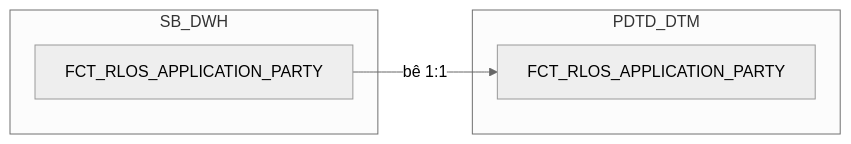
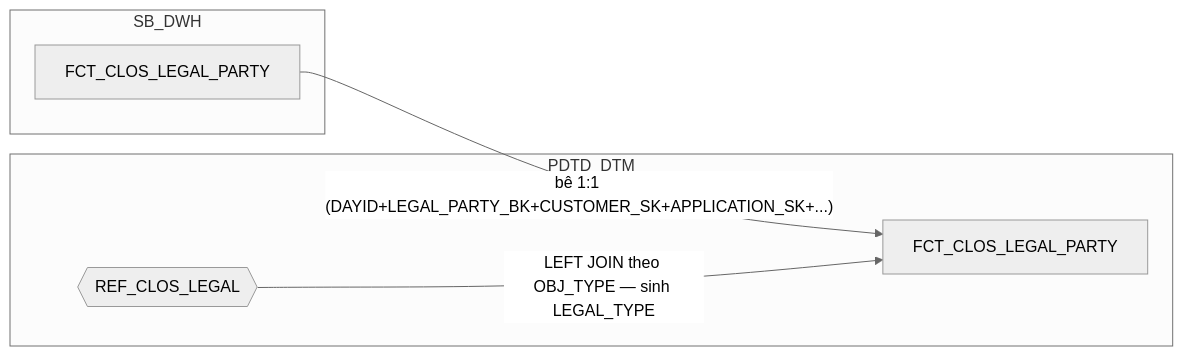
The tenth of 19 diagrams in hld/hld_review/HLD_FCT_PDTD_DTM_review.md (chien1198/sb-mapping-gen), drawn with Mermaid (neutral theme) before and after one commit. The commit also changed other lines of this file and 183 other files, not shown here.

````diff
--- a/hld/hld_review/HLD_FCT_PDTD_DTM_review.md
+++ b/hld/hld_review/HLD_FCT_PDTD_DTM_review.md
@@ -710,10 +610,12 @@
 ```mermaid
 flowchart LR
     subgraph SB_DWH
-        C["FCT_RLOS_APPLICATION_PARTY"]
+        C["FCT_CLOS_LEGAL_PARTY"]
     end
     subgraph PDTD_DTM
-        D["FCT_RLOS_APPLICATION_PARTY"]
+        R{{"REF_CLOS_LEGAL"}}
+        D["FCT_CLOS_LEGAL_PARTY"]
     end
-    C -->|bê 1:1| D
+    C -->|"bê 1:1 (DAYID+LEGAL_PARTY_BK+CUSTOMER_SK+APPLICATION_SK+...)"| D
+    R -->|LEFT JOIN theo OBJ_TYPE — sinh LEGAL_TYPE| D
 ```
````
